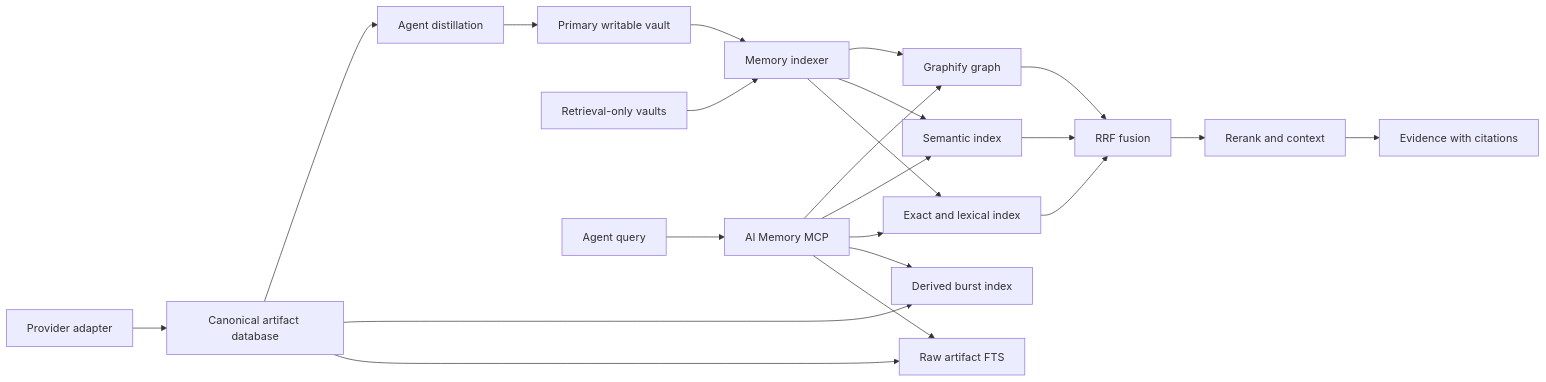
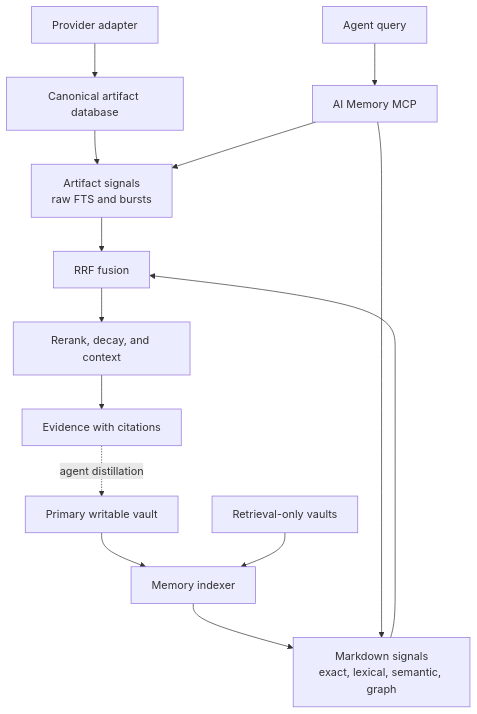
One commit to moorej2400/ai-memory-mcp changed the diagram in docs/architecture.md. Above: the diagram before and after it, drawn with Mermaid. The commit also changed other lines of this file and 1 other file, not shown here.

Commit message:
docs: show artifact storage in the README architecture
Update the README and architecture diagrams for the two canonical stores.
Add the artifact database, artifact search, and burst index to the system
diagram. Show the artifact retrieval path and the raw-evidence lead rule in
the query diagram. Connect artifact signals to fusion in the architecture
flow, which previously left them unconnected.

Change each diagram to a top-down layout. The system diagram is 65 percent
narrower, so it fits the README content column.

````diff
--- a/docs/architecture.md
+++ b/docs/architecture.md
@@ -28,24 +28,16 @@
 ```mermaid
-flowchart LR
-    P[Primary writable vault] --> I[Memory indexer]
-    A[Retrieval-only vaults] --> I
-    C[Provider adapter] --> D[Canonical artifact database]
-    D --> X[Raw artifact FTS]
-    D --> B[Derived burst index]
-    D --> M[Agent distillation]
-    M --> P
-    I --> L[Exact and lexical index]
-    I --> V[Semantic index]
-    I --> G[Graphify graph]
-    Q[Agent query] --> S[AI Memory MCP]
-    S --> X
-    S --> B
-    S --> L
-    S --> V
-    S --> G
-    L --> F[RRF fusion]
-    V --> F
-    G --> F
-    F --> R[Rerank and context]
-    R --> E[Evidence with citations]
+flowchart TB
+    C["Provider adapter"] --> D["Canonical artifact database"]
+    P["Primary writable vault"] --> I["Memory indexer"]
+    A["Retrieval-only vaults"] --> I
+    I --> MdSignals["Markdown signals<br/>exact, lexical, semantic, graph"]
+    D --> ArtSignals["Artifact signals<br/>raw FTS and bursts"]
+    Q["Agent query"] --> S["AI Memory MCP"]
+    S --> MdSignals
+    S --> ArtSignals
+    MdSignals --> F["RRF fusion"]
+    ArtSignals --> F
+    F --> R["Rerank, decay, and context"]
+    R --> E["Evidence with citations"]
+    E -. agent distillation .-> P
 ```
````
